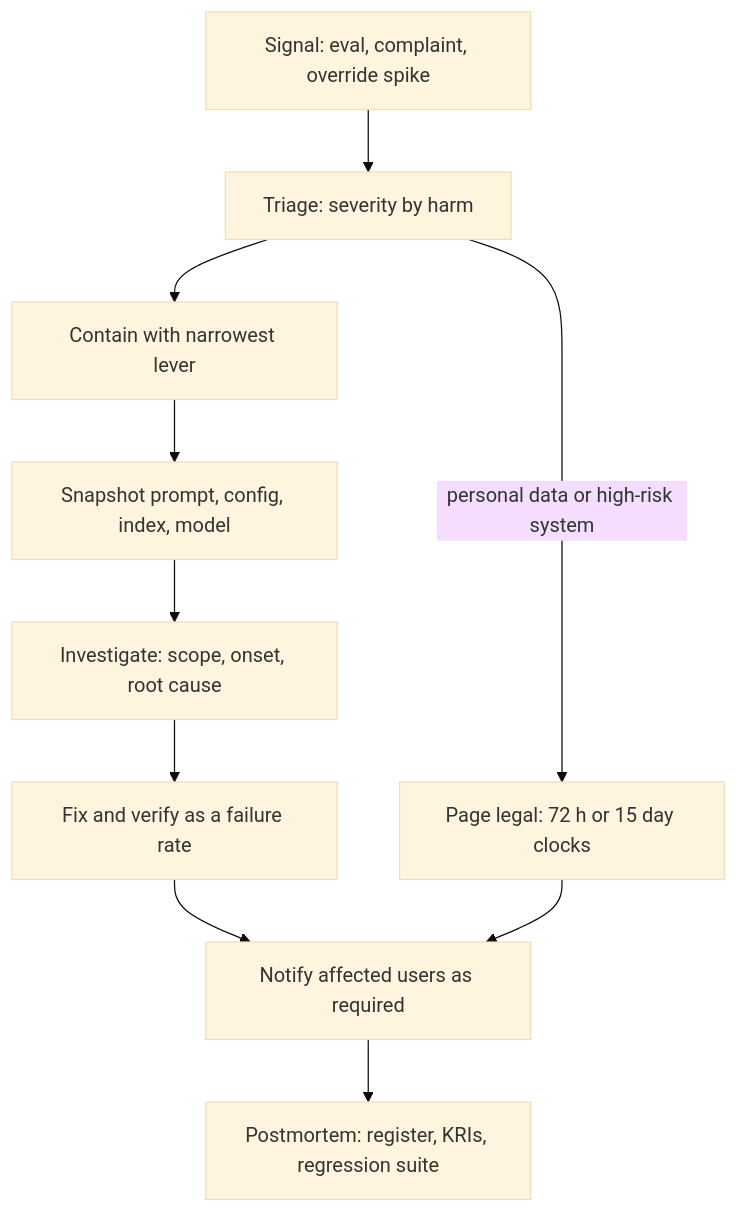
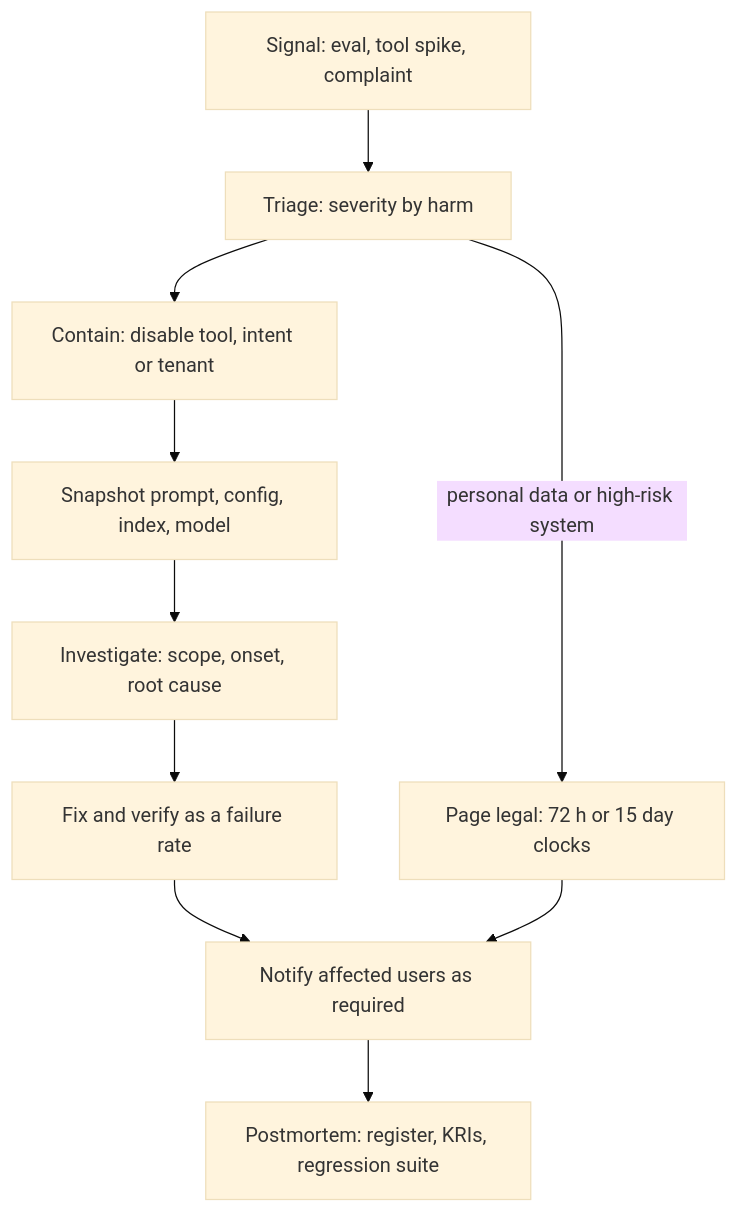
One commit to lovishmahajan97/agentic-learning changed the diagram in content/security-governance-compliance/ai-incident-response.md. Above: the diagram before and after it, drawn with Mermaid (base theme). The commit also changed other lines of this file and 454 other files, not shown here.

````diff
--- a/content/security-governance-compliance/ai-incident-response.md
+++ b/content/security-governance-compliance/ai-incident-response.md
@@ -113,12 +127,12 @@
 ```mermaid
 flowchart TD
-    S["Signal: eval, complaint, override spike"] --> T["Triage: severity by harm"]
+    S["Signal: eval, tool spike, complaint"] --> T["Triage: severity by harm"]
     T -->|"personal data or high-risk system"| L["Page legal: 72 h or 15 day clocks"]
-    T --> C["Contain with narrowest lever"]
+    T --> C["Contain: disable tool, intent or tenant"]
     C --> P["Snapshot prompt, config, index, model"]
     P --> I["Investigate: scope, onset, root cause"]
     I --> F["Fix and verify as a failure rate"]
     F --> N["Notify affected users as required"]
     L --> N
     N --> PM["Postmortem: register, KRIs, regression suite"]
 ```
````
